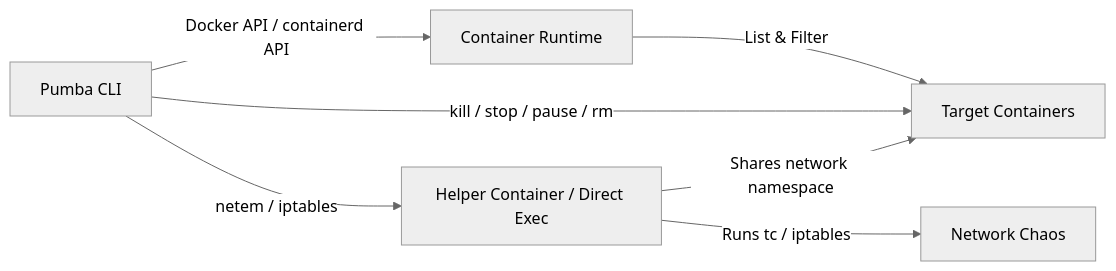
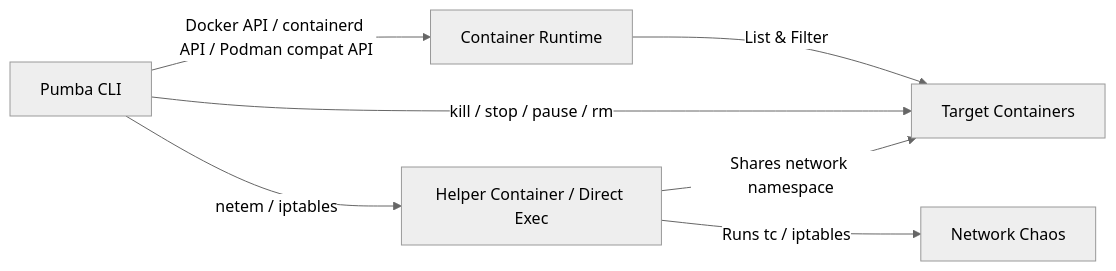
One commit to alexei-led/pumba changed the diagram in README.md. Above: the diagram before and after it, drawn with Mermaid (neutral theme). The commit also changed other lines of this file and 52 other files, not shown here.

First line of the commit message:
feat: podman runtime support (#315)

````diff
--- a/README.md
+++ b/README.md
@@ -30,11 +30,11 @@
 ```mermaid
 graph LR
-    A[Pumba CLI] -->|Docker API / containerd API| B[Container Runtime]
+    A[Pumba CLI] -->|Docker API / containerd API / Podman compat API| B[Container Runtime]
     B -->|List & Filter| C[Target Containers]
 
     A -->|kill / stop / pause / rm| C
 
     A -->|netem / iptables| D[Helper Container / Direct Exec]
     D -->|Shares network namespace| C
     D -->|Runs tc / iptables| E[Network Chaos]
 ```
````
